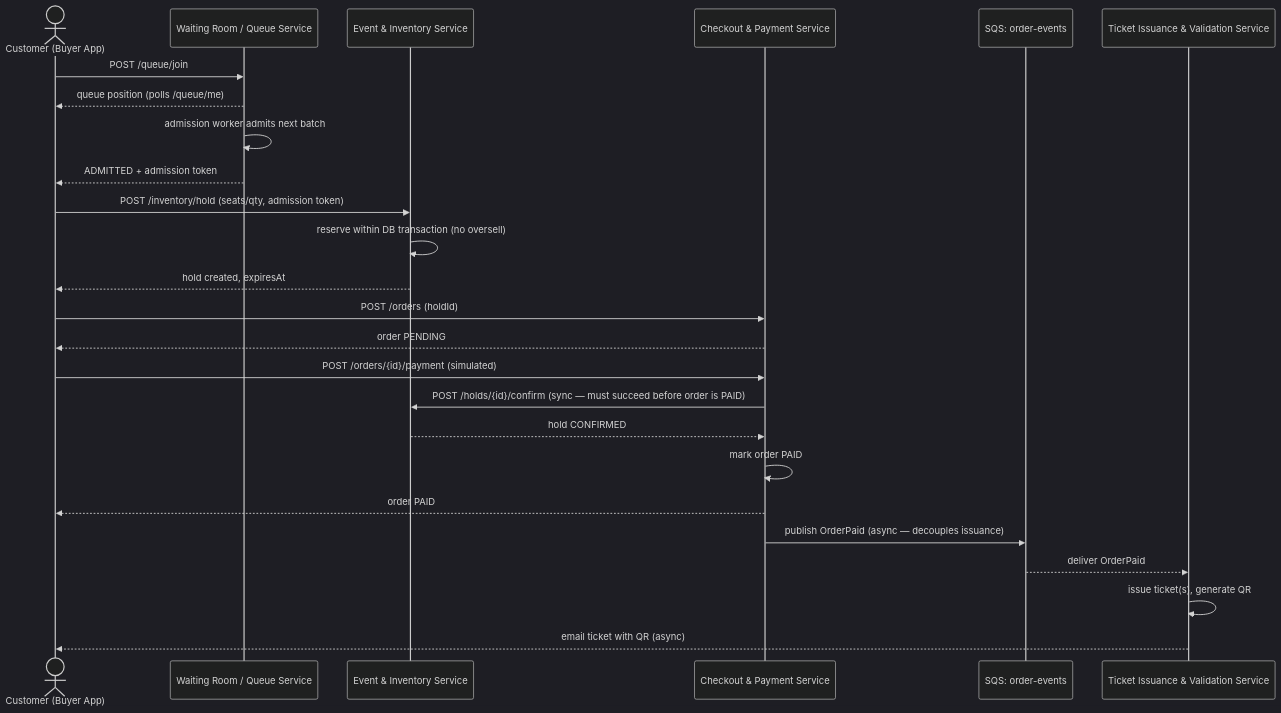
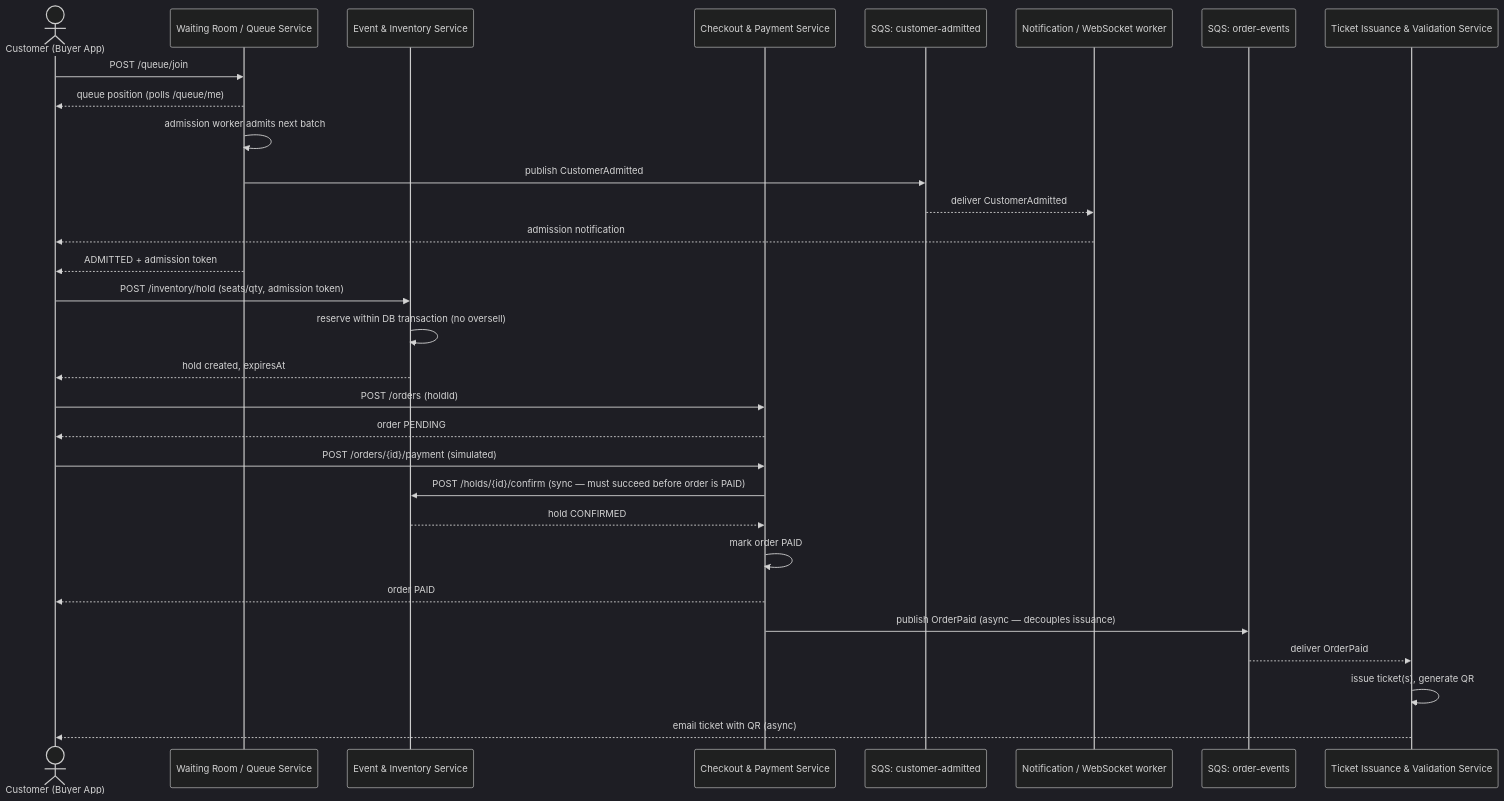
The tenth of 10 diagrams in database/onestage-system-design.md (nus-mtech-grp1-sem2/backend-repo), drawn with Mermaid (dark theme) before and after one commit. The commit also changed other lines of this file and 16 other files, not shown here.

````diff
--- a/database/onestage-system-design.md
+++ b/database/onestage-system-design.md
@@ -644,30 +658,35 @@
 ```mermaid
 sequenceDiagram
     actor C as Customer (Buyer App)
     participant WR as Waiting Room / Queue Service
     participant EIS as Event & Inventory Service
     participant CPS as Checkout & Payment Service
-    participant SQS as SQS: order-events
+    participant ASQS as SQS: customer-admitted
+    participant Notification as Notification / WebSocket worker
+    participant OSQS as SQS: order-events
     participant TIV as Ticket Issuance & Validation Service
 
     C->>WR: POST /queue/join
     WR-->>C: queue position (polls /queue/me)
     WR->>WR: admission worker admits next batch
+    WR->>ASQS: publish CustomerAdmitted
+    ASQS-->>Notification: deliver CustomerAdmitted
+    Notification-->>C: admission notification
     WR-->>C: ADMITTED + admission token
 
     C->>EIS: POST /inventory/hold (seats/qty, admission token)
     EIS->>EIS: reserve within DB transaction (no oversell)
     EIS-->>C: hold created, expiresAt
 
     C->>CPS: POST /orders (holdId)
     CPS-->>C: order PENDING
     C->>CPS: POST /orders/{id}/payment (simulated)
     CPS->>EIS: POST /holds/{id}/confirm  (sync — must succeed before order is PAID)
     EIS-->>CPS: hold CONFIRMED
     CPS->>CPS: mark order PAID
     CPS-->>C: order PAID
-    CPS->>SQS: publish OrderPaid  (async — decouples issuance)
-    SQS-->>TIV: deliver OrderPaid
+    CPS->>OSQS: publish OrderPaid  (async — decouples issuance)
+    OSQS-->>TIV: deliver OrderPaid
     TIV->>TIV: issue ticket(s), generate QR
     TIV-->>C: email ticket with QR (async)
 ```
````
